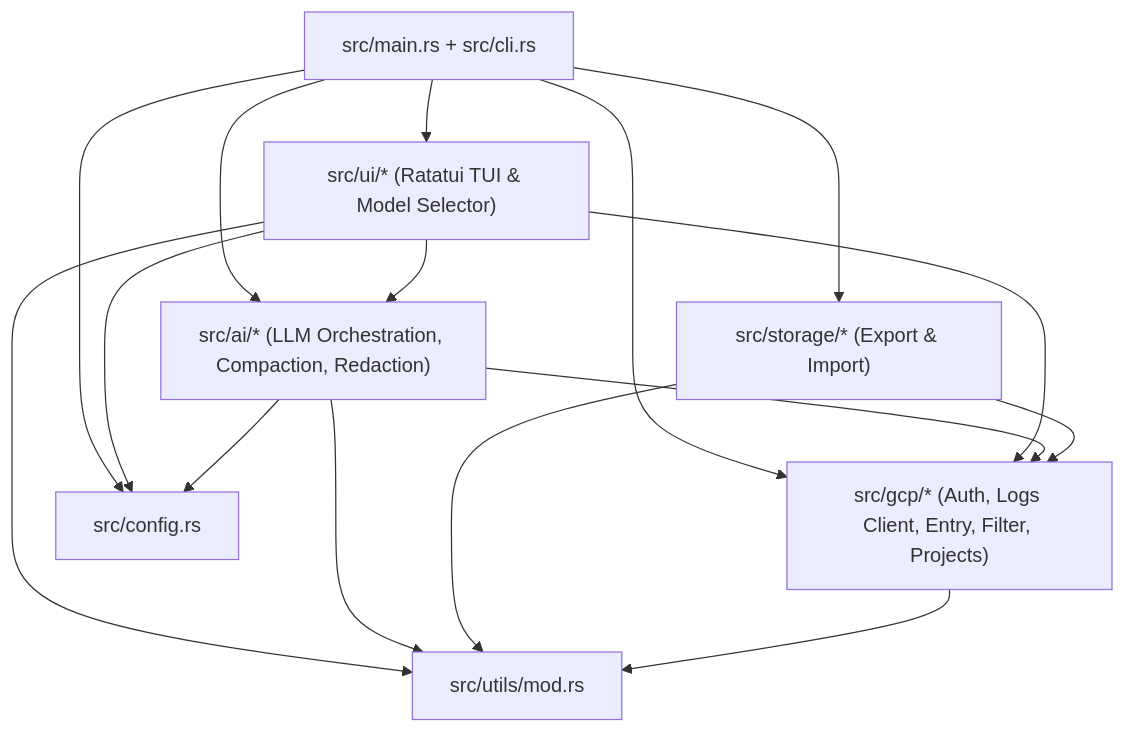
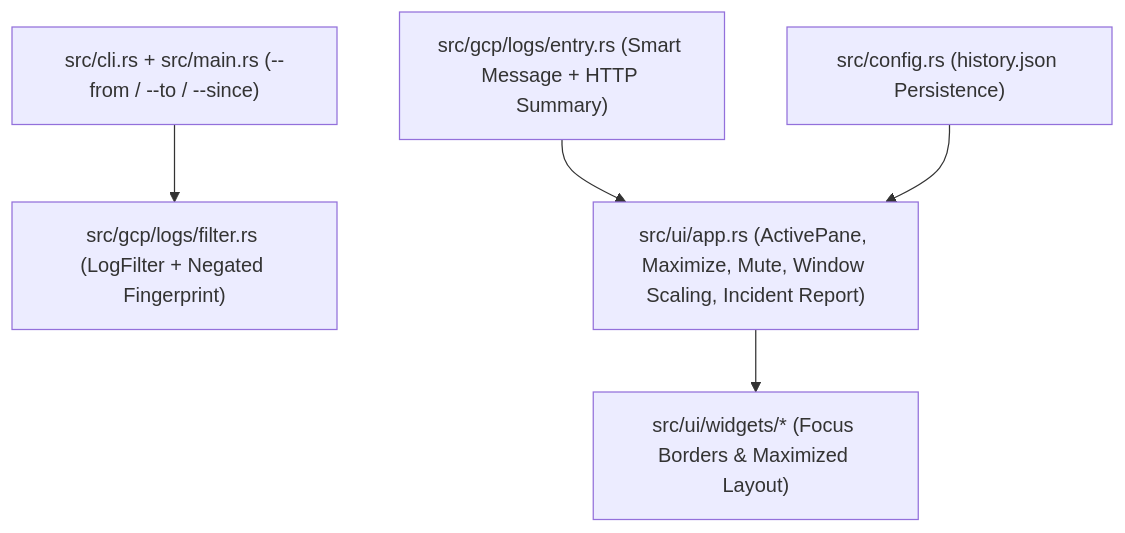
One commit to Staninbui/racoon changed the diagram in .ai-context/tech-spec.md. Above: the diagram before and after it, drawn with Mermaid. The commit also changed other lines of this file and 17 other files, not shown here.

Commit message:
feat(ui,cli): add pane maximize (Tab/z), pattern mute (-), surrounding resize ([/]), incident report (w), smart message extraction, persistent history, and --from/--to flags

````diff
--- a/.ai-context/tech-spec.md
+++ b/.ai-context/tech-spec.md
@@ -5,22 +5,7 @@
 ```mermaid
 flowchart TD
-    Main["src/main.rs + src/cli.rs"] --> UI["src/ui/* (Ratatui TUI & Model Selector)"]
-    Main --> Storage["src/storage/* (Export & Import)"]
-    Main --> AI["src/ai/* (LLM Orchestration, Compaction, Redaction)"]
-    Main --> GCP["src/gcp/* (Auth, Logs Client, Entry, Filter, Projects)"]
-    Main --> Config["src/config.rs"]
-
-    UI --> AI
-    UI --> GCP
-    UI --> Config
-    UI --> Utils["src/utils/mod.rs"]
-
-    AI --> GCP
-    AI --> Config
-    AI --> Utils
-
-    Storage --> GCP
-    Storage --> Utils
-
-    GCP --> Utils
+    CLI["src/cli.rs + src/main.rs (--from / --to / --since)"] --> Filter["src/gcp/logs/filter.rs (LogFilter + Negated Fingerprint)"]
+    Entry["src/gcp/logs/entry.rs (Smart Message + HTTP Summary)"] --> TUI["src/ui/app.rs (ActivePane, Maximize, Mute, Window Scaling, Incident Report)"]
+    Config["src/config.rs (history.json Persistence)"] --> TUI
+    TUI --> Widgets["src/ui/widgets/* (Focus Borders & Maximized Layout)"]
 ```
````
